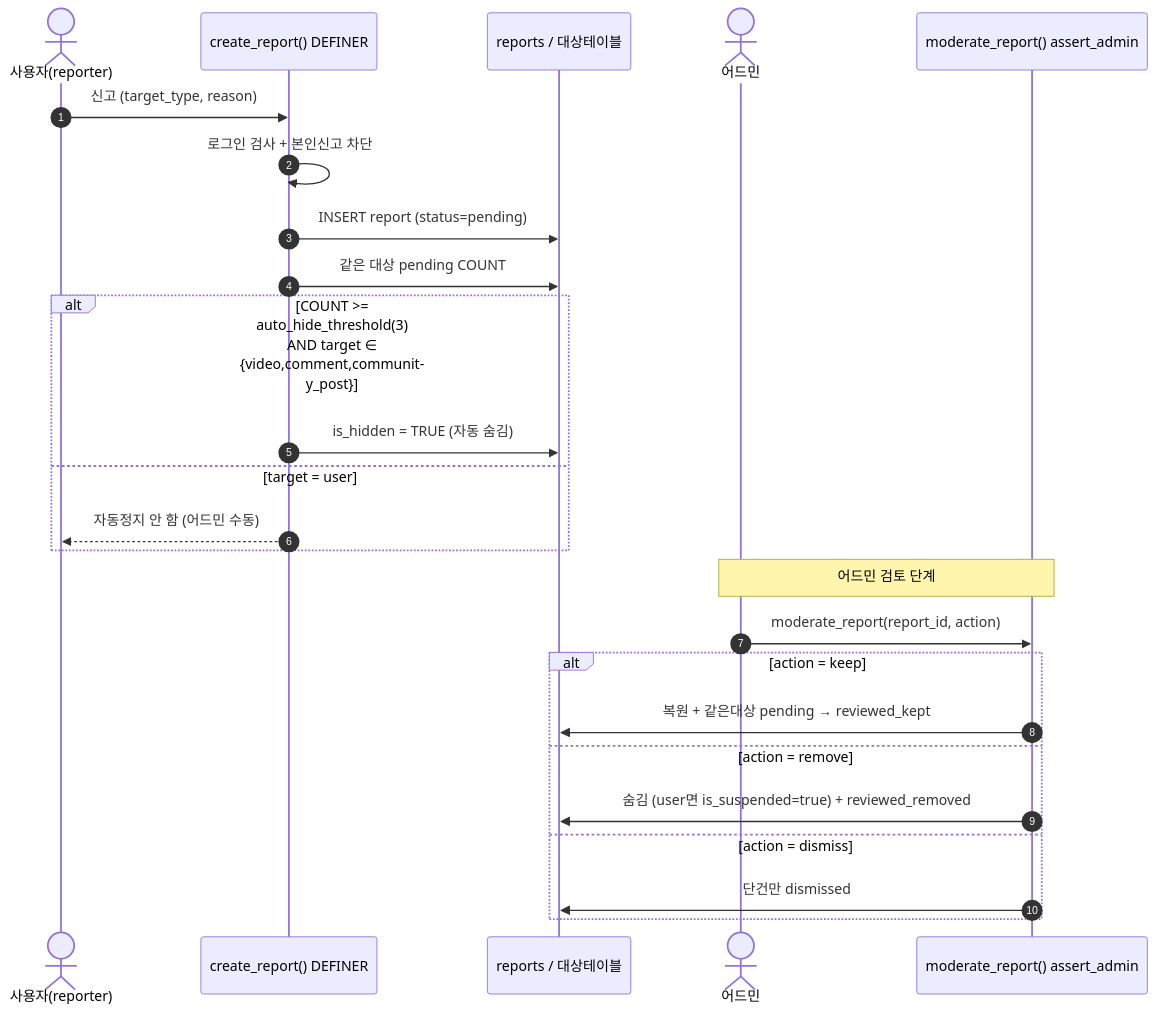
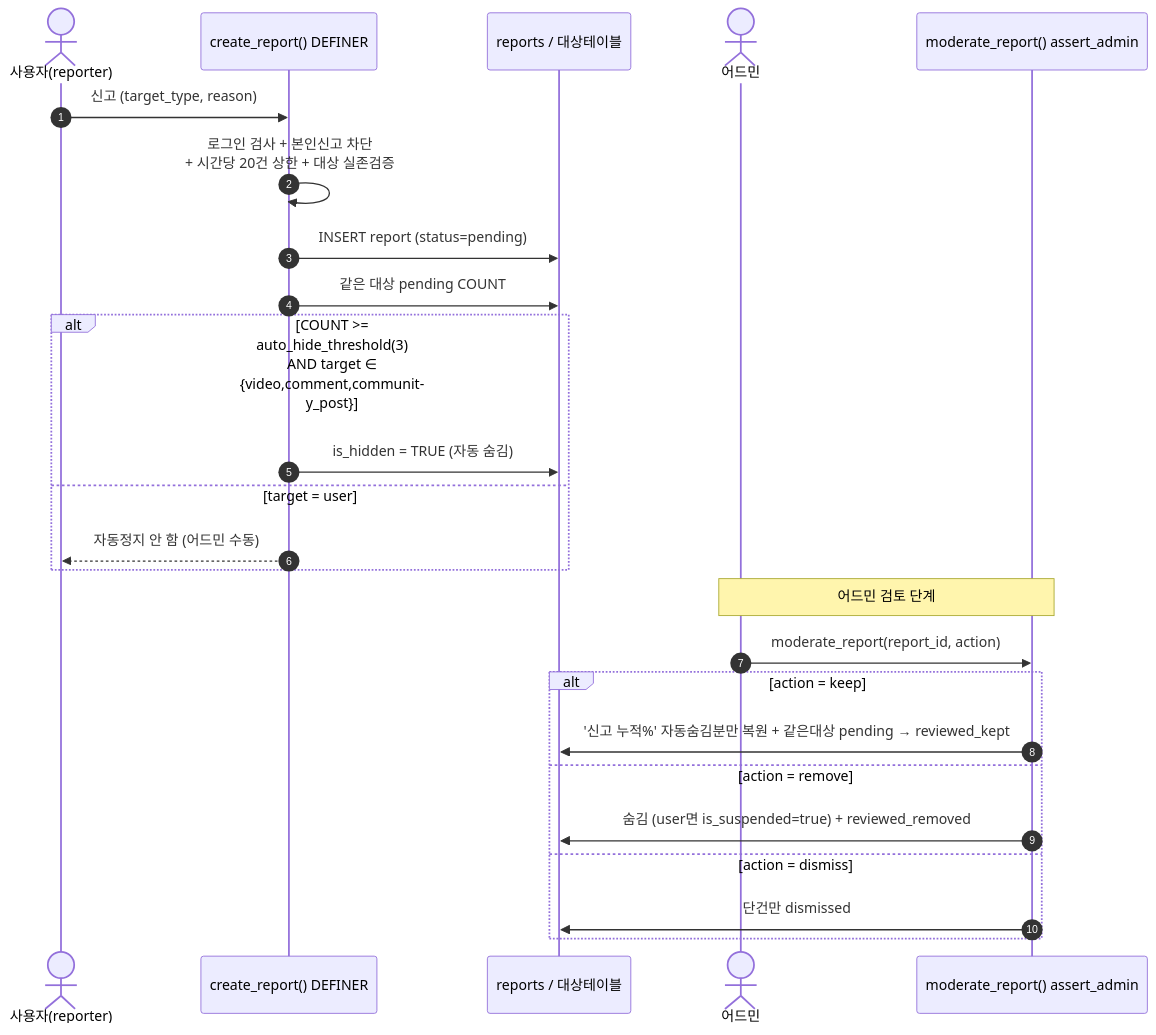
The second of 6 diagrams in docs/prd/09-policy-security-data-tech.md (crebiz-commits/ai-v-market), drawn with Mermaid before and after one commit. The commit also changed other lines of this file and 10 other files, not shown here.

````diff
--- a/docs/prd/09-policy-security-data-tech.md
+++ b/docs/prd/09-policy-security-data-tech.md
@@ -286,28 +321,28 @@
 ```mermaid
 sequenceDiagram
     autonumber
     actor U as 사용자(reporter)
     participant RPC as create_report() DEFINER
     participant DB as reports / 대상테이블
     actor A as 어드민
     participant MR as moderate_report() assert_admin
 
     U->>RPC: 신고 (target_type, reason)
-    RPC->>RPC: 로그인 검사 + 본인신고 차단
+    RPC->>RPC: 로그인 검사 + 본인신고 차단<br/>+ 시간당 20건 상한 + 대상 실존검증
     RPC->>DB: INSERT report (status=pending)
     RPC->>DB: 같은 대상 pending COUNT
     alt COUNT >= auto_hide_threshold(3) AND target ∈ {video,comment,community_post}
         RPC->>DB: is_hidden = TRUE (자동 숨김)
     else target = user
         RPC-->>U: 자동정지 안 함 (어드민 수동)
     end
     Note over A,MR: 어드민 검토 단계
     A->>MR: moderate_report(report_id, action)
     alt action = keep
-        MR->>DB: 복원 + 같은대상 pending → reviewed_kept
+        MR->>DB: '신고 누적%' 자동숨김분만 복원 + 같은대상 pending → reviewed_kept
     else action = remove
         MR->>DB: 숨김 (user면 is_suspended=true) + reviewed_removed
     else action = dismiss
         MR->>DB: 단건만 dismissed
     end
 ```
````
